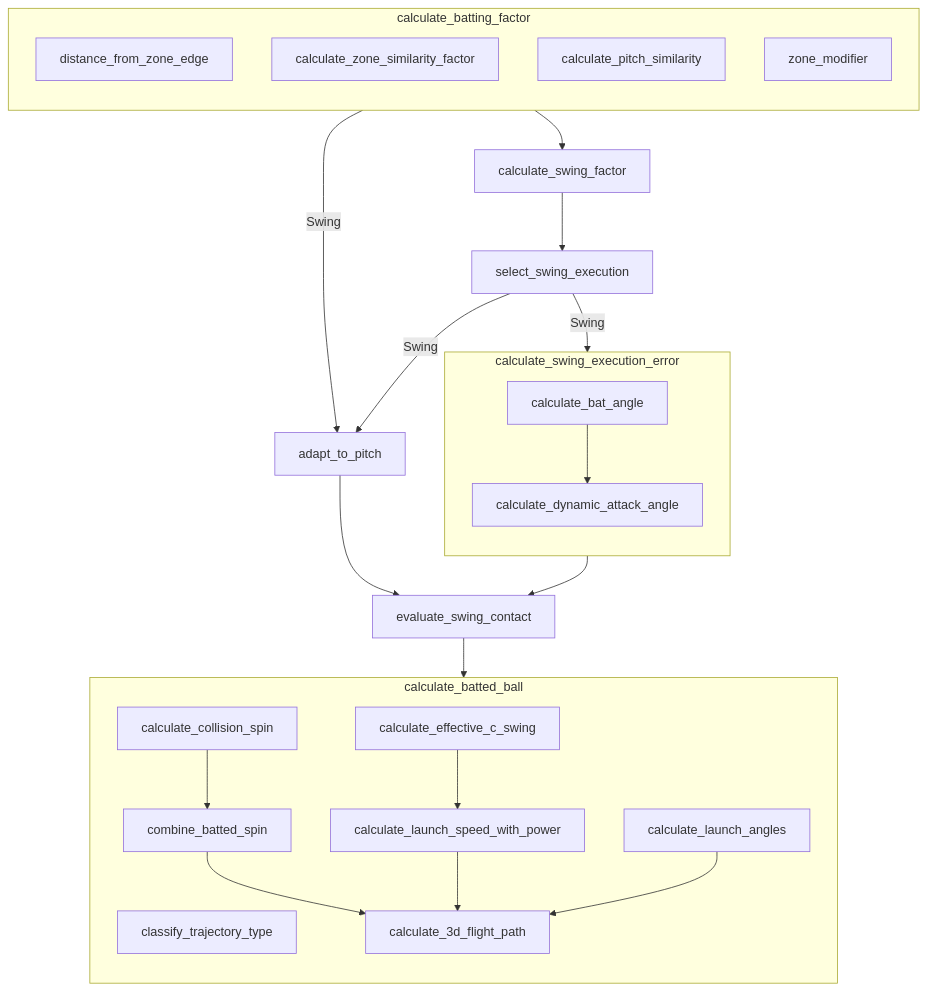
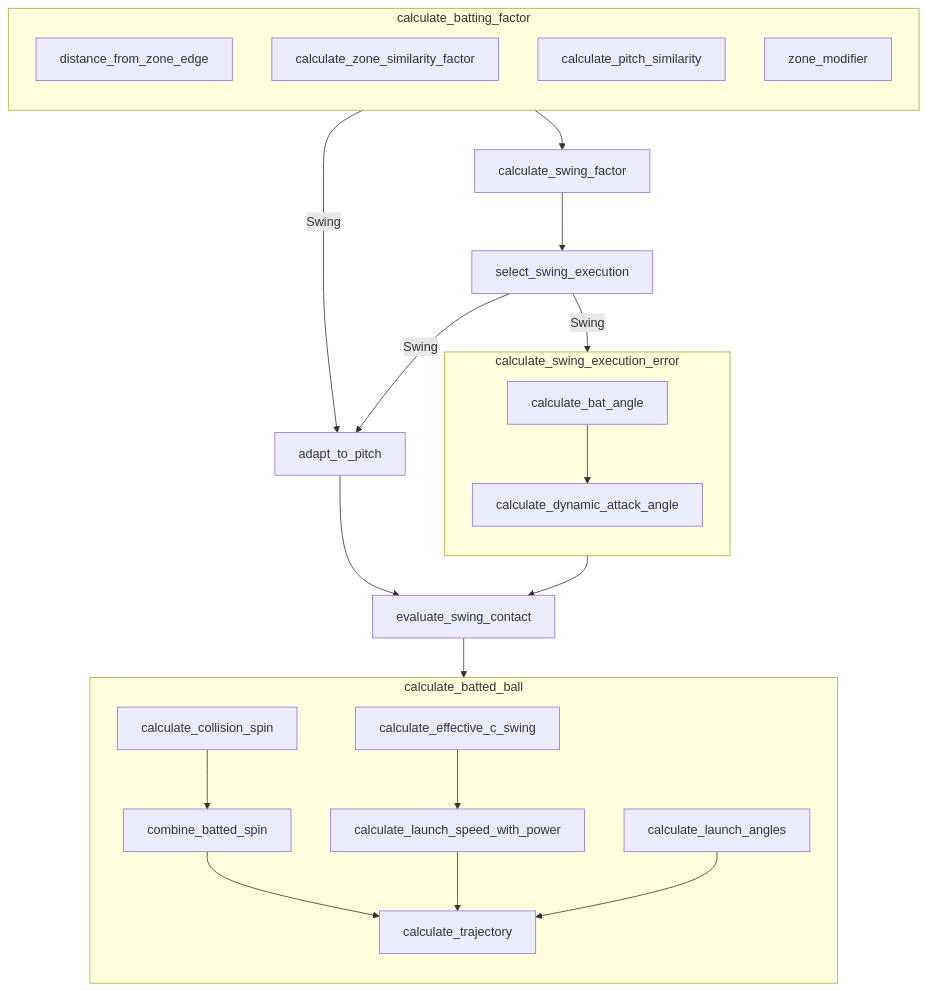
One commit to torafugu/saberbb changed the diagram in docs/mmd/batting_diagram.mmd. Above: the diagram before and after it, drawn with Mermaid. The commit also changed 2 other files, not shown here.

```diff
--- a/docs/mmd/batting_diagram.mmd
+++ b/docs/mmd/batting_diagram.mmd
@@ -1,29 +1,28 @@
 flowchart TD
     
     subgraph calculate_batting_factor
         direction TB
         distance_from_zone_edge
         calculate_zone_similarity_factor
         calculate_pitch_similarity
         zone_modifier
     end
     
     calculate_batting_factor --> |Swing|adapt_to_pitch
     calculate_batting_factor --> calculate_swing_factor
     calculate_swing_factor --> select_swing_execution
     select_swing_execution --> |Swing|adapt_to_pitch --> evaluate_swing_contact
     select_swing_execution --> |Swing|calculate_swing_execution_error --> evaluate_swing_contact
     evaluate_swing_contact --> calculate_batted_ball
 
     subgraph calculate_swing_execution_error
         direction TB
         calculate_bat_angle --> calculate_dynamic_attack_angle
     end
 
     subgraph calculate_batted_ball
         direction TB
-        classify_trajectory_type
-        calculate_collision_spin --> combine_batted_spin --> calculate_3d_flight_path
-        calculate_effective_c_swing --> calculate_launch_speed_with_power --> calculate_3d_flight_path
-        calculate_launch_angles --> calculate_3d_flight_path
+        calculate_collision_spin --> combine_batted_spin --> calculate_trajectory
+        calculate_effective_c_swing --> calculate_launch_speed_with_power --> calculate_trajectory
+        calculate_launch_angles --> calculate_trajectory
     end
```
